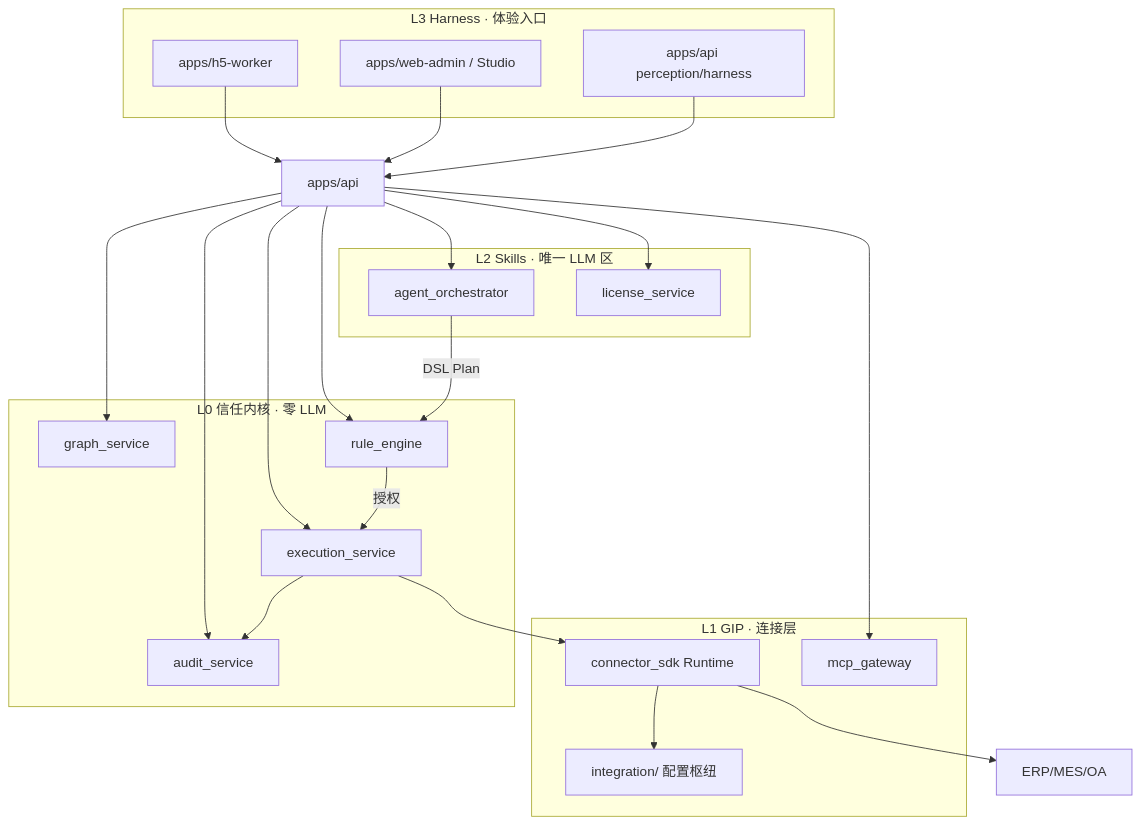
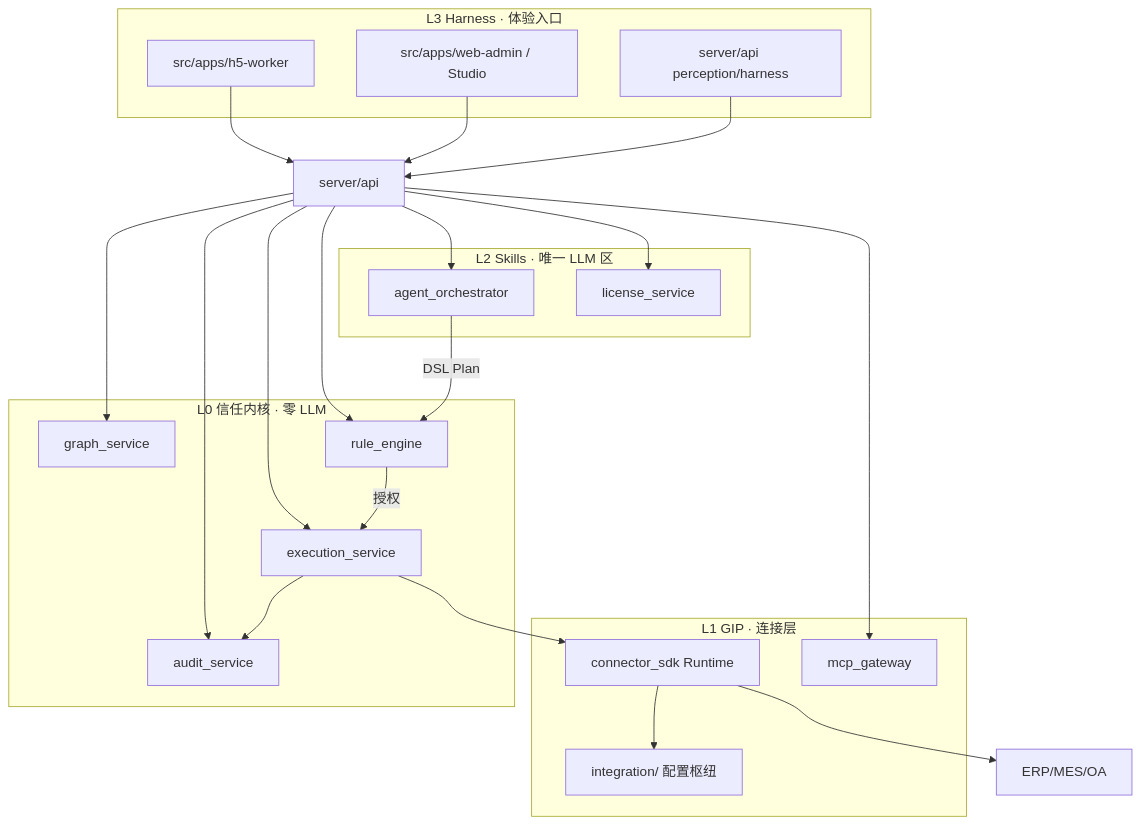
Before and after one commit to sunhailiang-tourist/FactoryOS: the diagram in .cursor/docs-baseline/mirror/docs/文档/架构/FactoryOS完整架构设计.md, drawn with Mermaid. The commit also changed other lines of this file and 388 other files, not shown here.

````diff
--- a/.cursor/docs-baseline/mirror/docs/文档/架构/FactoryOS完整架构设计.md
+++ b/.cursor/docs-baseline/mirror/docs/文档/架构/FactoryOS完整架构设计.md
@@ -151,35 +161,35 @@
 ```mermaid
 flowchart TB
     subgraph L3["L3 Harness · 体验入口"]
-        H5["apps/h5-worker"]
-        WEB["apps/web-admin / Studio"]
-        APIH["apps/api perception/harness"]
+        H5["src/apps/h5-worker"]
+        WEB["src/apps/web-admin / Studio"]
+        APIH["server/api perception/harness"]
     end
 
     subgraph L2["L2 Skills · 唯一 LLM 区"]
         AGENT["agent_orchestrator"]
         LIC["license_service"]
     end
 
     subgraph L1["L1 GIP · 连接层"]
         CONN["connector_sdk Runtime"]
         MCP["mcp_gateway"]
         CFG["integration/ 配置枢纽"]
     end
 
     subgraph L0["L0 信任内核 · 零 LLM"]
         G["graph_service"]
         R["rule_engine"]
         E["execution_service"]
         A["audit_service"]
     end
 
-  H5 & WEB & APIH --> API["apps/api"]
+  H5 & WEB & APIH --> API["server/api"]
   API --> AGENT & LIC & MCP & G & R & E & A
   AGENT -->|DSL Plan| R
   R -->|授权| E
   E --> CONN
   CONN --> CFG
   CONN --> LEGACY["ERP/MES/OA"]
   E --> A
 ```
````
